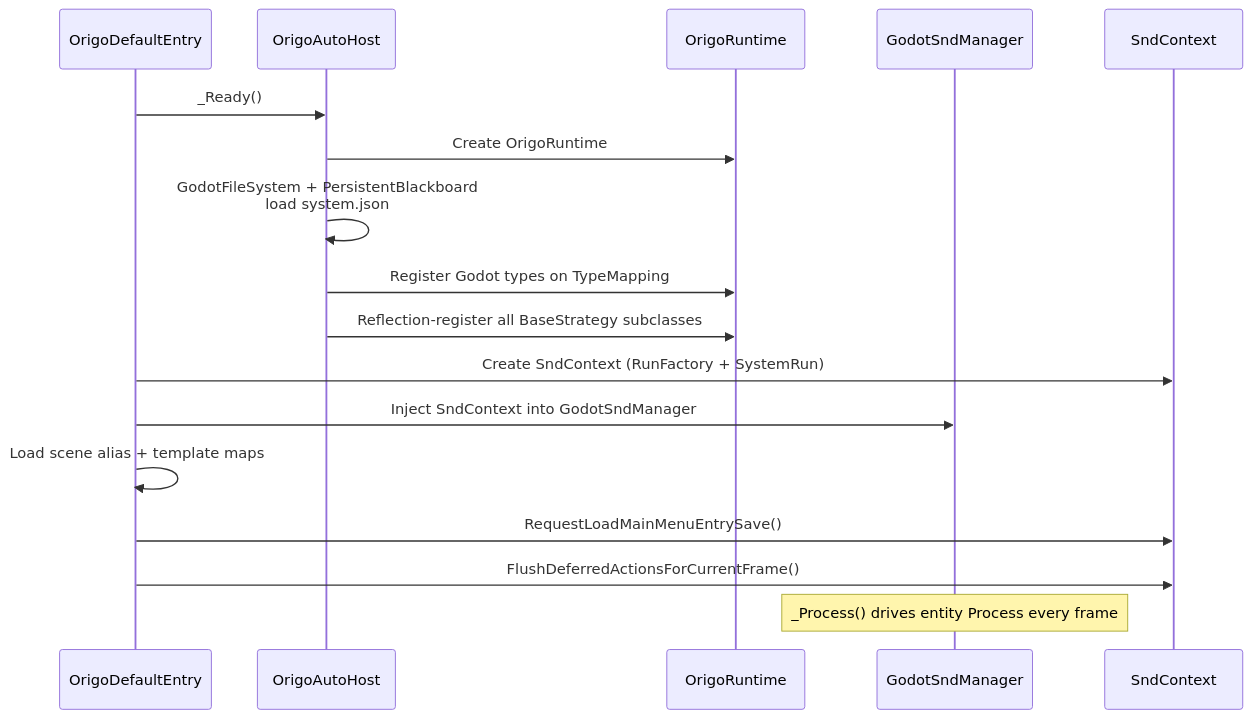
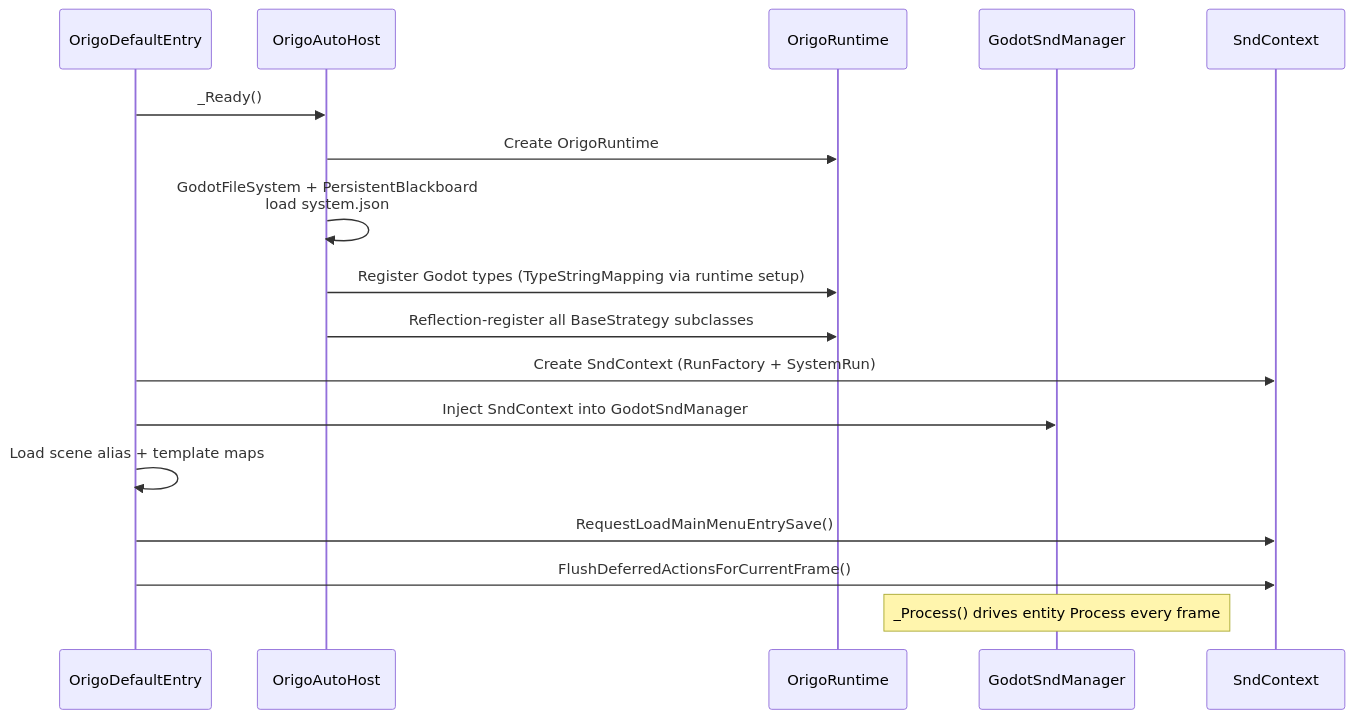
One commit to 51193/origo.stable changed the second of 2 diagrams in README.md. Above: the diagram before and after it, drawn with Mermaid. The commit also changed other lines of this file and 223 other files, not shown here.

````diff
--- a/README.md
+++ b/README.md
@@ -726,20 +1054,20 @@
 ```mermaid
 sequenceDiagram
     participant Entry as OrigoDefaultEntry
     participant Host as OrigoAutoHost
     participant RT as OrigoRuntime
     participant SM as GodotSndManager
     participant Ctx as SndContext
 
     Entry->>Host: _Ready()
     Host->>RT: Create OrigoRuntime
     Host->>Host: GodotFileSystem + PersistentBlackboard<br/>load system.json
-    Host->>RT: Register Godot types on TypeMapping
+    Host->>RT: Register Godot types (TypeStringMapping via runtime setup)
     Host->>RT: Reflection-register all BaseStrategy subclasses
     Entry->>Ctx: Create SndContext (RunFactory + SystemRun)
     Entry->>SM: Inject SndContext into GodotSndManager
     Entry->>Entry: Load scene alias + template maps
     Entry->>Ctx: RequestLoadMainMenuEntrySave()
     Entry->>Ctx: FlushDeferredActionsForCurrentFrame()
     Note over SM: _Process() drives entity Process every frame
 ```
````
